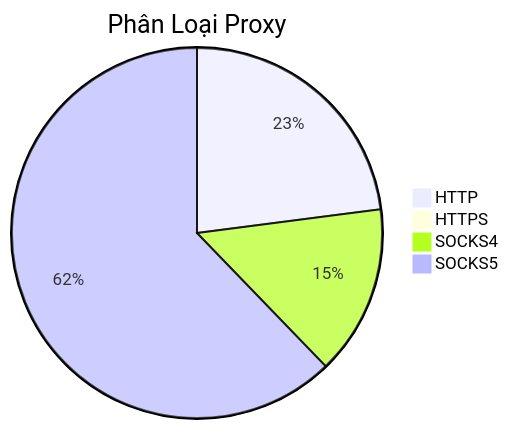
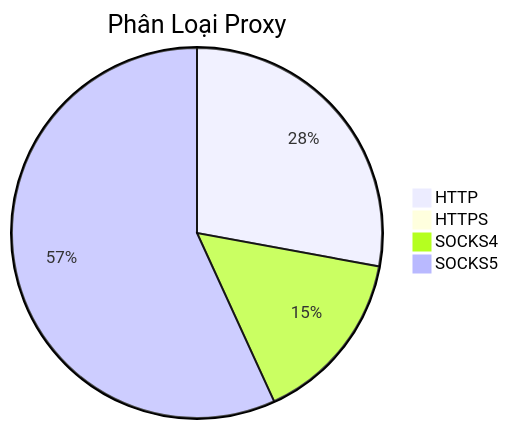
The diagram in README.md (Ciara-12/PROXY-free), drawn with Mermaid before and after one commit. The commit also changed other lines of this file and 3 other files, not shown here.

````diff
--- a/README.md
+++ b/README.md
@@ -26,7 +26,7 @@
 ```mermaid
 pie title Phân Loại Proxy
-    "HTTP" : 632
+    "HTTP" : 765
     "HTTPS" : 1
-    "SOCKS4" : 408
-    "SOCKS5" : 1713
+    "SOCKS4" : 419
+    "SOCKS5" : 1559
 ```
````
